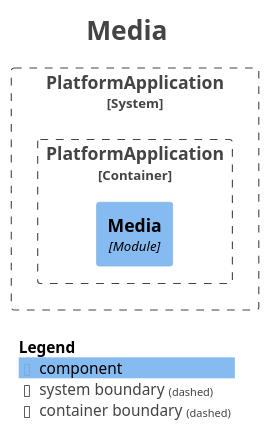
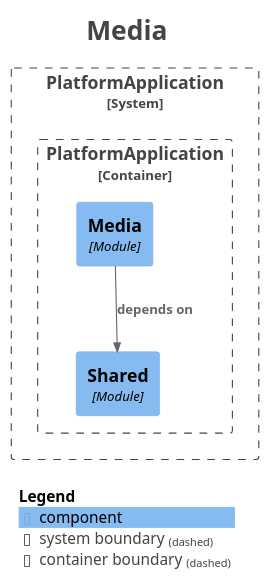
One commit to Asiman77/HistoryAsAGame changed the diagram in docs/modules/module-media.puml. Above: the diagram before and after it, drawn with PlantUML. The commit also changed 20 other files, not shown here.

```diff
--- a/docs/modules/module-media.puml
+++ b/docs/modules/module-media.puml
@@ -1,27 +1,30 @@
 @startuml
 title <size:24>Media</size>
 
 set separator none
 top to bottom direction
 
 <style>
   root {
     BackgroundColor: #ffffff
     FontColor: #444444
   }
 </style>
 
 !include <C4/C4>
 !include <C4/C4_Context>
 !include <C4/C4_Component>
 
 System_Boundary("PlatformApplication_boundary", "PlatformApplication", $tags="") {
   Container_Boundary("PlatformApplication.PlatformApplication_boundary", "PlatformApplication", $tags="") {
     Component(PlatformApplication.PlatformApplication.Media, "Media", $techn="Module", $descr="", $tags="", $link="")
+    Component(PlatformApplication.PlatformApplication.Shared, "Shared", $techn="Module", $descr="", $tags="", $link="")
   }
 
 }
 
+Rel(PlatformApplication.PlatformApplication.Media, PlatformApplication.PlatformApplication.Shared, "depends on", $techn="", $tags="", $link="")
+
 SHOW_LEGEND(true)
 hide stereotypes
 @enduml
```
